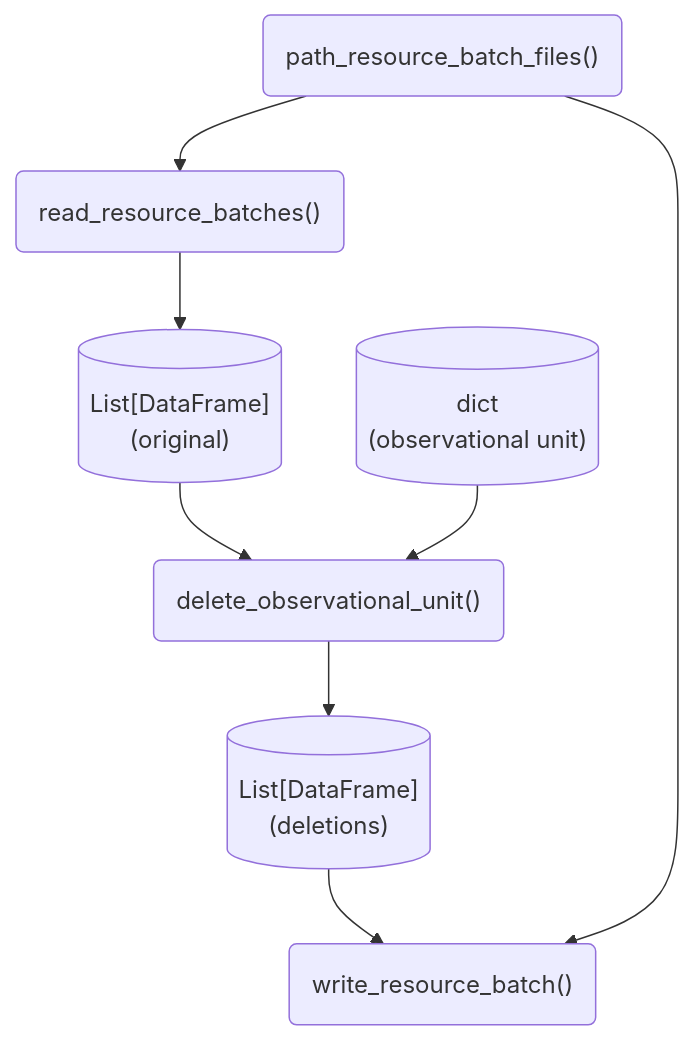
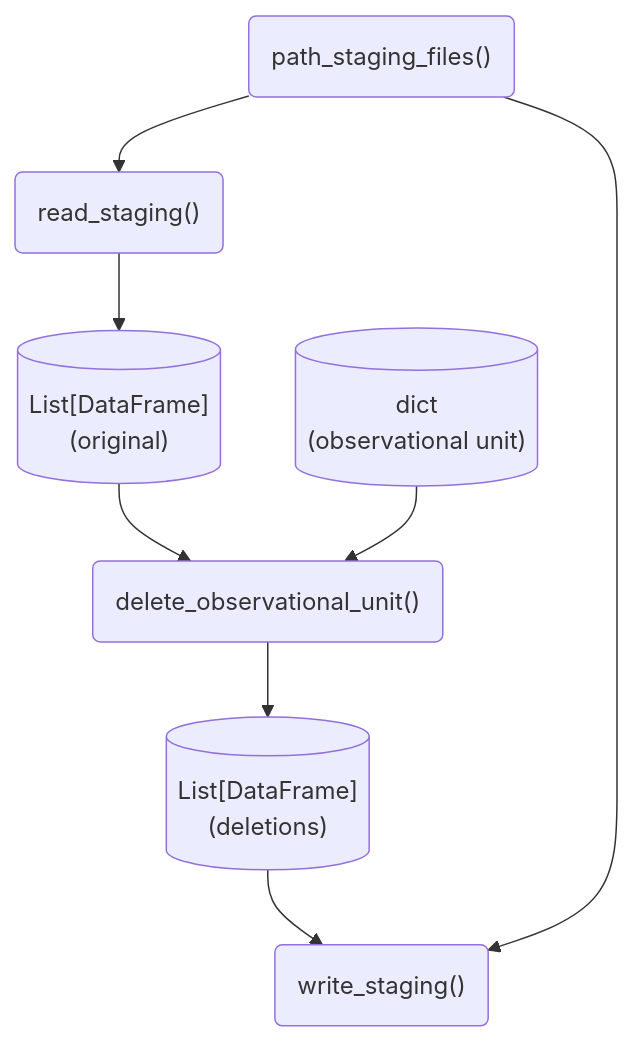
One commit to seedcase-project/seedcase-sprout changed the fourth of 4 diagrams in docs/design/interface/flows.qmd. Above: the diagram before and after it, drawn with Mermaid. The commit also changed other lines of this file and 18 other files, not shown here.

Commit message:
refactor: 🚚 rename from batches to staging (#1762)

````diff
--- a/docs/design/interface/flows.qmd
+++ b/docs/design/interface/flows.qmd
@@ -139,24 +138,24 @@
 ```{mermaid}
 %%| label: fig-flow-delete-observational-unit
 %%| fig-cap: >-
 %%|   Diagram showing the flow of objects and functions to delete an
 %%|   observational unit.
 %%| fig-alt: "A flow diagram showing the steps to delete an observational unit."
 
 flowchart
-    path_resource_batch_files("path_resource_batch_files()")
-    read_resource_batches("read_resource_batches()")
+    path_staging_files("path_staging_files()")
+    read_staging("read_staging()")
     list_data_current[("List[DataFrame]<br>(original)")]
     list_data_deletions[("List[DataFrame]<br>(deletions)")]
     obs_unit[("dict<br>(observational unit)")]
     delete_observational_unit("delete_observational_unit()")
-    write_resource_batch("write_resource_batch()")
+    write_staging("write_staging()")
 
-    path_resource_batch_files --> read_resource_batches
-    read_resource_batches --> list_data_current
+    path_staging_files --> read_staging
+    read_staging --> list_data_current
     list_data_current --> delete_observational_unit
     obs_unit --> delete_observational_unit
     delete_observational_unit --> list_data_deletions
-    list_data_deletions --> write_resource_batch
-    path_resource_batch_files --> write_resource_batch
+    list_data_deletions --> write_staging
+    path_staging_files --> write_staging
 ```
````
